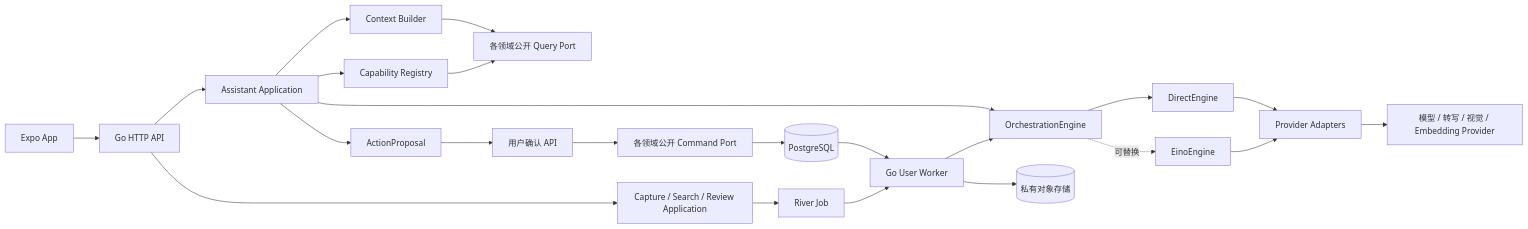
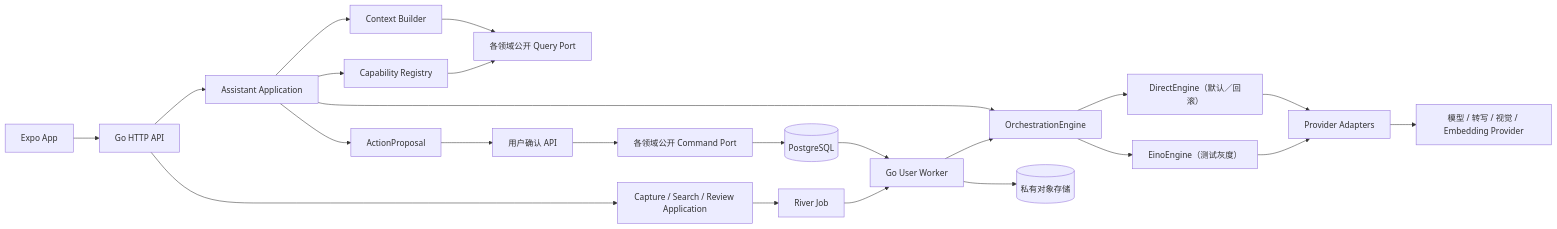
One commit to xiaoguo123456/steward changed the first of 3 diagrams in docs/后端与AI开发指南.md. Above: the diagram before and after it, drawn with Mermaid. The commit also changed other lines of this file and 48 other files, not shown here.

````diff
--- a/docs/后端与AI开发指南.md
+++ b/docs/后端与AI开发指南.md
@@ -121,25 +121,25 @@
 ```mermaid
 flowchart LR
     APP["Expo App"] --> API["Go HTTP API"]
     API --> AM["Assistant Application"]
     API --> CM["Capture / Search / Review Application"]
     AM --> CB["Context Builder"]
     AM --> CR["Capability Registry"]
     AM --> OE["OrchestrationEngine"]
     CB --> QP["各领域公开 Query Port"]
     CR --> QP
-    OE --> DE["DirectEngine"]
-    OE -.可替换.-> EE["EinoEngine"]
+    OE --> DE["DirectEngine（默认／回滚）"]
+    OE --> EE["EinoEngine（测试灰度）"]
     DE --> PA["Provider Adapters"]
     EE --> PA
     PA --> LLM["模型 / 转写 / 视觉 / Embedding Provider"]
     AM --> AP["ActionProposal"]
     AP --> CONFIRM["用户确认 API"]
     CONFIRM --> CP["各领域公开 Command Port"]
     CP --> DB[("PostgreSQL")]
     CM --> JOB["River Job"]
     JOB --> WORKER["Go User Worker"]
     WORKER --> OE
     DB --> WORKER
     WORKER --> OSS[("私有对象存储")]
 ```
````
